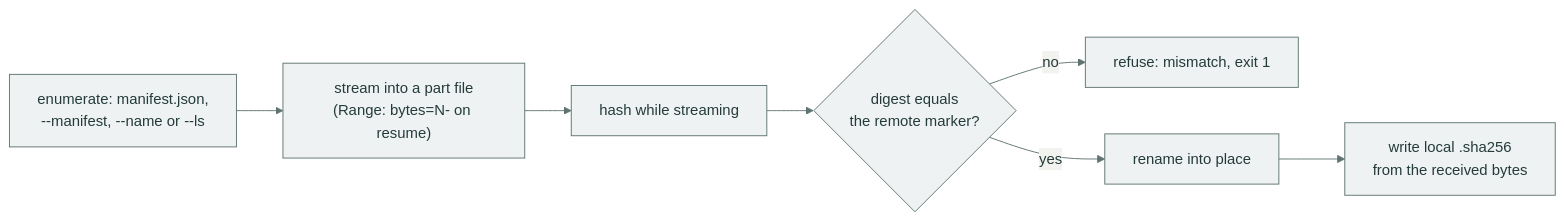
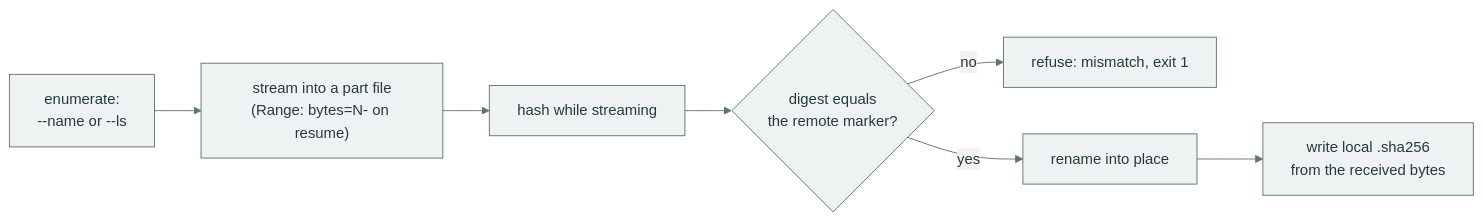
The diagram in docs/how-to/consume.md (Lipen/nexus-raw), drawn with Mermaid before and after one commit. The commit also changed other lines of this file and 40 other files, not shown here.

Commit message:
core!: drop the manifest convention, enumeration is --name or --ls

````diff
--- a/docs/how-to/consume.md
+++ b/docs/how-to/consume.md
@@ -64,14 +61,14 @@
 ```mermaid
 %%{init: {"theme": "base", "themeVariables": {"primaryColor": "#eef2f2", "primaryTextColor": "#243b3a", "primaryBorderColor": "#5f7470", "lineColor": "#5f7470", "noteBkgColor": "#f4f1e8", "noteTextColor": "#4a4636", "noteBorderColor": "#c9c2a6", "fontFamily": "inherit"}}}%%
 flowchart LR
-    E["enumerate: manifest.json,<br/>--manifest, --name or --ls"]
+    E["enumerate:<br/>--name or --ls"]
     P["stream into a part file<br/>(Range: bytes=N- on resume)"]
     H["hash while streaming"]
     V{"digest equals<br/>the remote marker?"}
     X["refuse: mismatch, exit 1"]
     R["rename into place"]
     M["write local <name>.sha256<br/>from the received bytes"]
     E --> P --> H --> V
     V -- no --> X
     V -- yes --> R --> M
 ```
````
